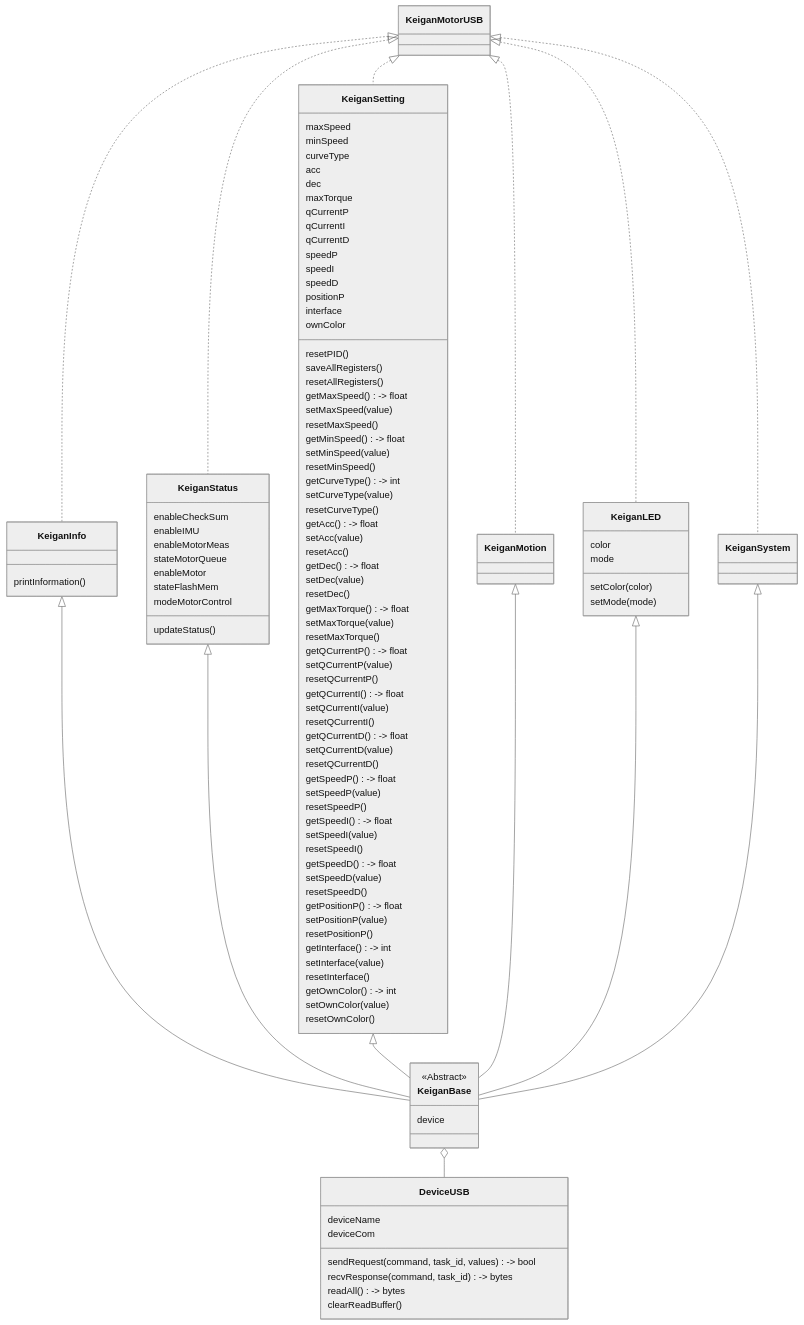
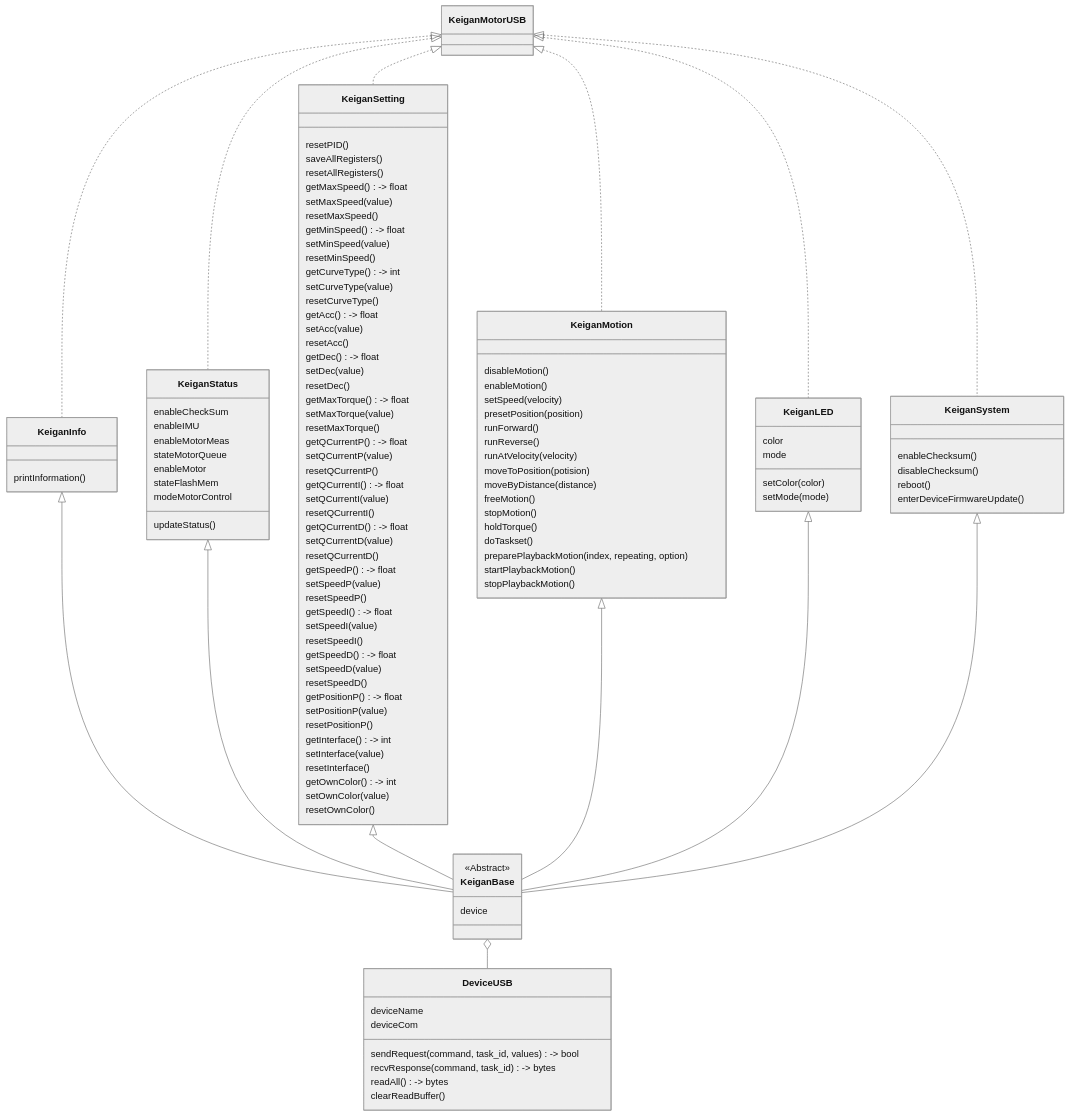
Before and after one commit to DaiGuard/pykeigan_usb: the diagram in README.md, drawn with Mermaid (neutral theme). The commit also changed other lines of this file and 4 other files, not shown here.

```diff
--- a/README.md
+++ b/README.md
@@ -47,21 +69,6 @@
 
     class KeiganSetting
         KeiganSetting
-        KeiganSetting: maxSpeed
-        KeiganSetting: minSpeed
-        KeiganSetting: curveType
-        KeiganSetting: acc
-        KeiganSetting: dec
-        KeiganSetting: maxTorque
-        KeiganSetting: qCurrentP
-        KeiganSetting: qCurrentI
-        KeiganSetting: qCurrentD
-        KeiganSetting: speedP
-        KeiganSetting: speedI
-        KeiganSetting: speedD
-        KeiganSetting: positionP
-        KeiganSetting: interface
-        KeiganSetting: ownColor
         KeiganSetting: resetPID()
         KeiganSetting: saveAllRegisters()
         KeiganSetting: resetAllRegisters()
@@ -111,6 +118,32 @@
         KeiganSetting: setOwnColor(value)
         KeiganSetting: resetOwnColor()
 
+    class KeiganMotion
+        KeiganMotion
+        KeiganMotion: disableMotion()
+        KeiganMotion: enableMotion()
+        KeiganMotion: setSpeed(velocity)
+        KeiganMotion: presetPosition(position)
+        KeiganMotion: runForward()
+        KeiganMotion: runReverse()
+        KeiganMotion: runAtVelocity(velocity)
+        KeiganMotion: moveToPosition(potision)
+        KeiganMotion: moveByDistance(distance)
+        KeiganMotion: freeMotion()
+        KeiganMotion: stopMotion()
+        KeiganMotion: holdTorque()
+        KeiganMotion: doTaskset()
+        KeiganMotion: preparePlaybackMotion(index, repeating, option)
+        KeiganMotion: startPlaybackMotion()
+        KeiganMotion: stopPlaybackMotion()
+
+    class KeiganSystem
+        KeiganSystem
+        KeiganSystem: enableChecksum()
+        KeiganSystem: disableChecksum()
+        KeiganSystem: reboot()
+        KeiganSystem: enterDeviceFirmwareUpdate()
+
     KeiganMotorUSB <|.. KeiganInfo
     KeiganMotorUSB <|.. KeiganStatus
     KeiganMotorUSB <|.. KeiganSetting
```
